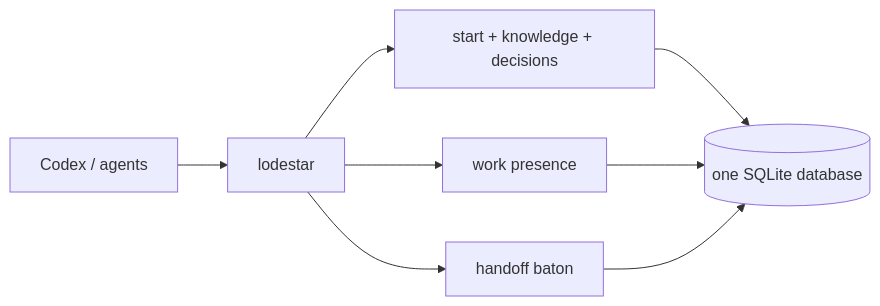
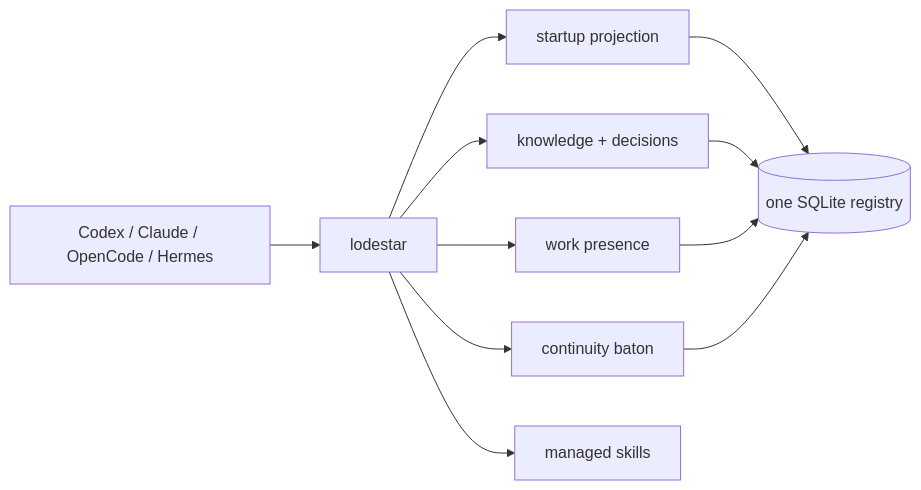
The diagram in README.md (VerbalChainsaw/Lodestar), drawn with Mermaid before and after one commit. The commit also changed other lines of this file and 3 other files, not shown here.

````diff
--- a/README.md
+++ b/README.md
@@ -27,10 +52,13 @@
 ```mermaid
 flowchart LR
-  A[Codex / agents] --> L[lodestar]
-  L --> S[start + knowledge + decisions]
+  A[Codex / Claude / OpenCode / Hermes] --> L[lodestar]
+  L --> S[startup projection]
+  L --> K[knowledge + decisions]
   L --> W[work presence]
-  L --> H[handoff baton]
-  S --> D[(one SQLite database)]
+  L --> H[continuity baton]
+  L --> M[managed skills]
+  S --> D[(one SQLite registry)]
+  K --> D
   W --> D
   H --> D
 ```
````
